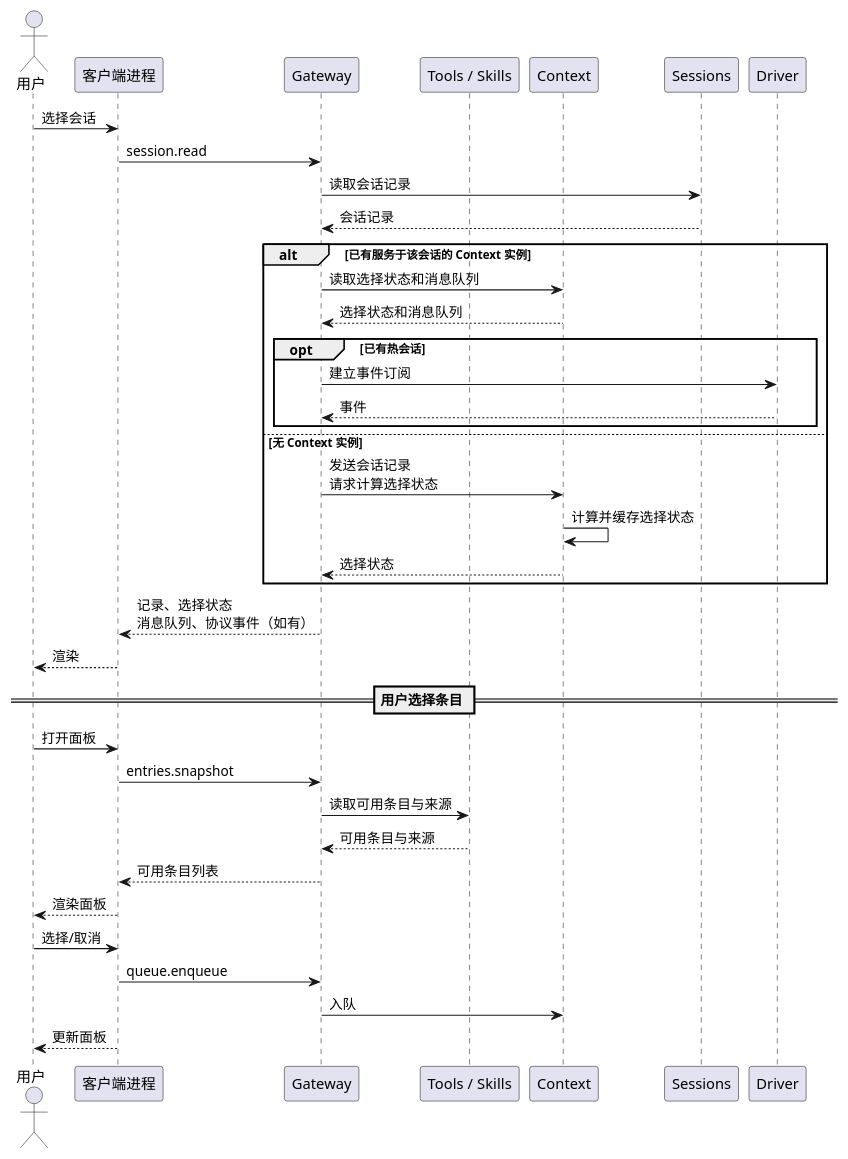
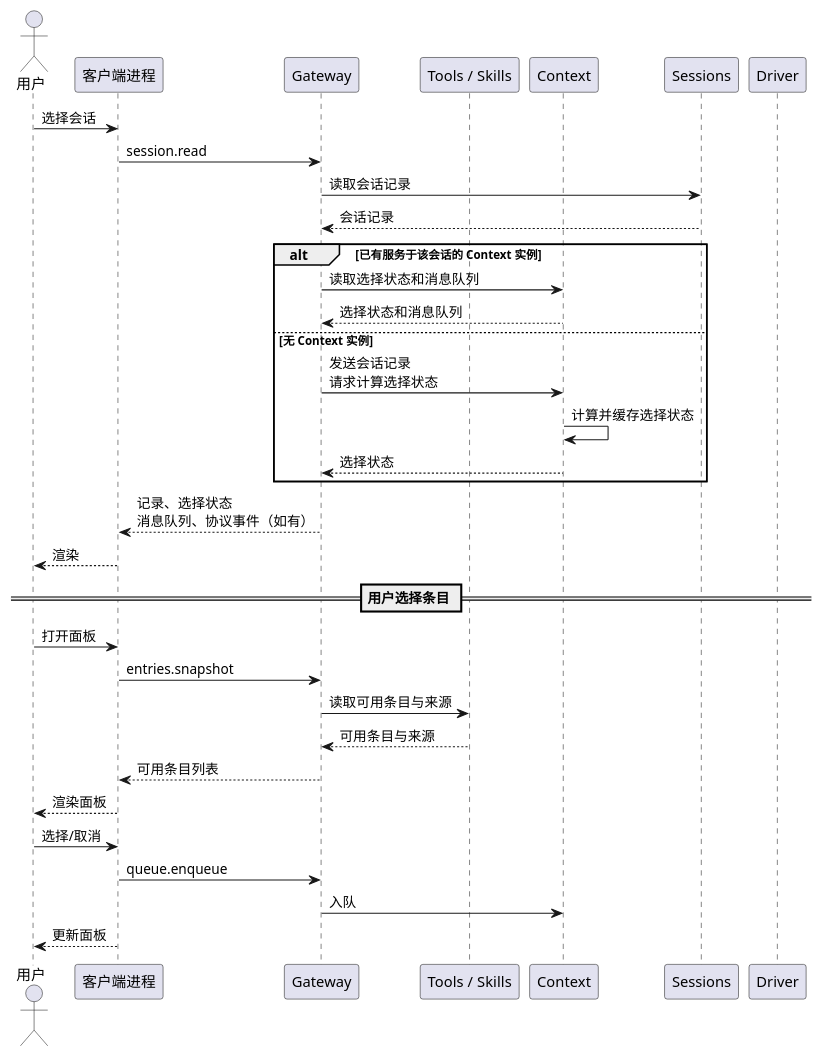
The fifth of 10 diagrams in docs/1 High-Level Design/1 High-Level Design.md (pisciculus0413/Pisces), drawn with PlantUML before and after one commit.

Commit message:
docs: remove automatic subscription in 5.2.1

````diff
--- a/docs/1 High-Level Design/1 High-Level Design.md
+++ b/docs/1 High-Level Design/1 High-Level Design.md
@@ -512,42 +512,38 @@
 ```plantuml
 @startuml
 actor "用户" as User
 participant "客户端进程" as Client
 participant "Gateway" as Gateway
 participant "Tools / Skills" as Registry
 participant "Context" as Context
 participant "Sessions" as Sessions
 participant "Driver" as Driver
 
 User -> Client : 选择会话
 Client -> Gateway : session.read
 Gateway -> Sessions : 读取会话记录
 Sessions --> Gateway : 会话记录
 alt 已有服务于该会话的 Context 实例
   Gateway -> Context : 读取选择状态和消息队列
   Context --> Gateway : 选择状态和消息队列
-  opt 已有热会话
-    Gateway -> Driver : 建立事件订阅
-    Driver --> Gateway : 事件
-  end
 else 无 Context 实例
   Gateway -> Context : 发送会话记录\n请求计算选择状态
   Context -> Context : 计算并缓存选择状态
   Context --> Gateway : 选择状态
 end
 Gateway --> Client : 记录、选择状态\n消息队列、协议事件（如有）
 Client --> User : 渲染
 
 == 用户选择条目 ==
 User -> Client : 打开面板
 Client -> Gateway : entries.snapshot
 Gateway -> Registry : 读取可用条目与来源
 Registry --> Gateway : 可用条目与来源
 Gateway --> Client : 可用条目列表
 Client --> User : 渲染面板
 User -> Client : 选择/取消
 Client -> Gateway : queue.enqueue
 Gateway -> Context : 入队
 Client --> User : 更新面板
 @enduml
 ```
````
